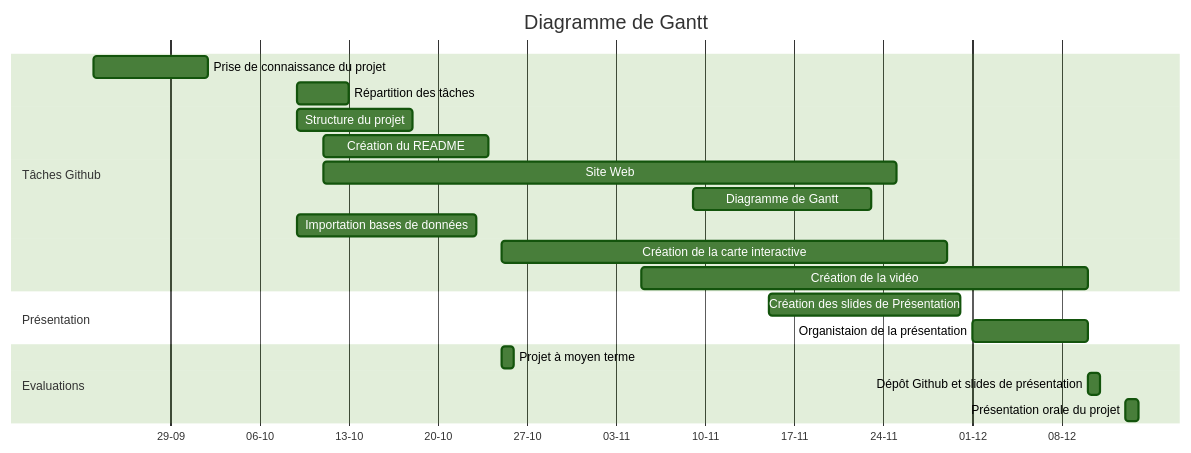
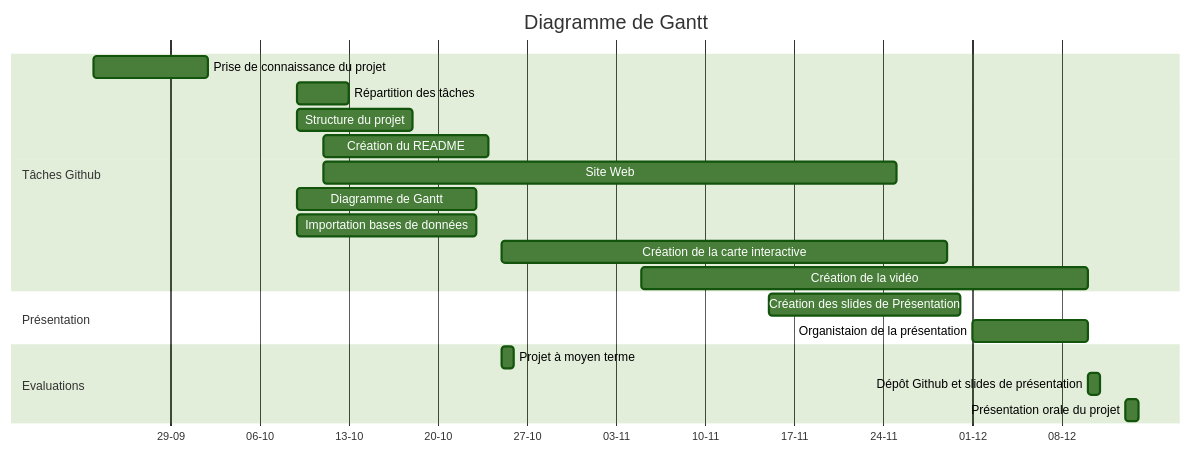
Before and after one commit to rokhayambaye/PROJET_2024: the diagram in roadmap/diagramme_de_gantt.md, drawn with Mermaid (forest theme).

Commit message:
Modification sur le diagramme de gant

````diff
--- a/roadmap/diagramme_de_gantt.md
+++ b/roadmap/diagramme_de_gantt.md
@@ -1,27 +1,27 @@
 ```mermaid
 gantt
 title Diagramme de Gantt
 dateFormat DD-MM
 axisFormat %d-%m
 
 
 section Tâches Github
 Prise de connaissance du projet: Terminer,23-09,9d
 Répartition des tâches : Terminer, 09-10, 4d
 Structure du projet : Terminer, 09-10, 9d
 Création du README:Terminer,11-10,13d
 Site Web: En cours, 11-10, 45d
-Diagramme de Gantt : Terminer , 09-11, 14d
+Diagramme de Gantt : Terminer , 09-10, 14d
 Importation bases de données: Terminer, 09-10, 14d
 Création de la carte interactive: En cours, 25-10,35d
 Création de la vidéo : En cours, 05-11, 35d
 
 section Présentation
 Création des slides de Présentation: En cours, 15-11,15d
 Organistaion de la présentation: En cours,01-12,9d
 
 section Evaluations
 Projet à moyen terme  : 25-10, 1d
 Dépôt Github et slides de présentation :10-12,1d
 Présentation orale du projet : 13-12, 1d
 ```
````
